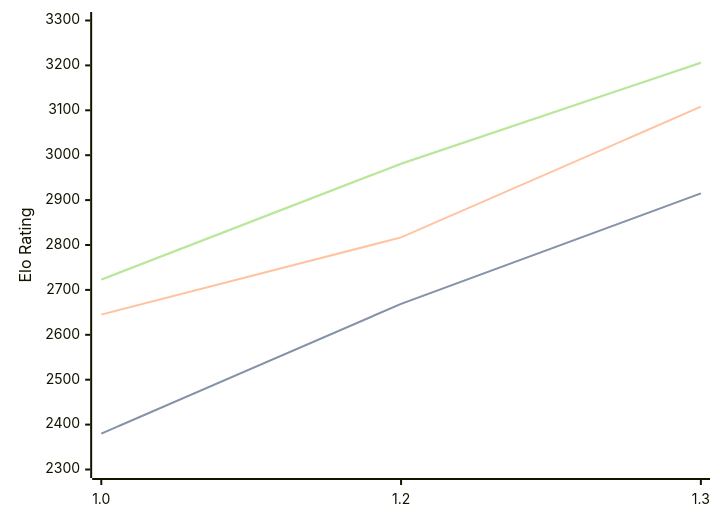
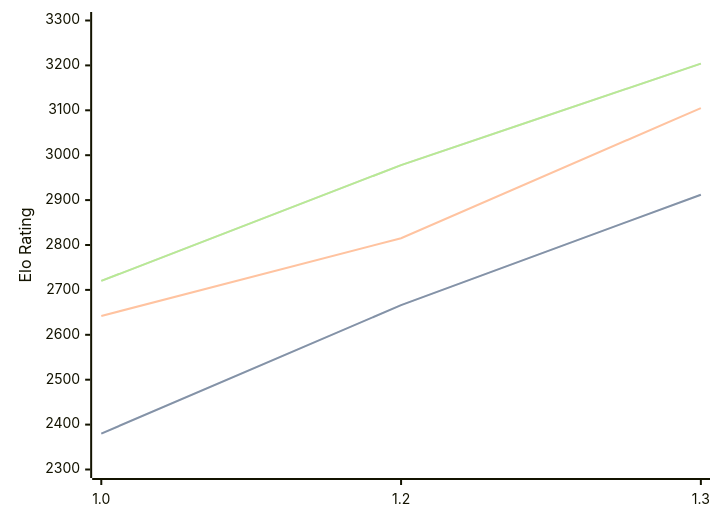
Before and after one commit to computer-chess-index/cci: the diagram in engines/Chessnix.md, drawn with Mermaid. The commit also changed other lines of this file, not shown here.

Commit message:
Update CCI Ratings (ELO VLTC) - 2026-03-10

````diff
--- a/engines/Chessnix.md
+++ b/engines/Chessnix.md
@@ -33,11 +33,11 @@
 ```mermaid
 %%{init: {"theme":"base","themeVariables":{"seriesColors:['#a3a3a3','#222221','#faa371']}}}%%
 xychart-beta
   x-axis ["1.0", "1.2", "1.3"]
   y-axis "Elo Rating" 2300 --> 3300
-  line "STC (8.0+0.08s)" [2380, 2669, 2915]
-  line "STC (8.0+0.08s)" [2380, 2669, 2915]
-  line "LTC (60.0+0.60s)" [2645, 2817, 3108]
-  line "VLTC (2m24s+1.12s)" [2723, 2981, 3206]
-  line "VLTC (2m24s+1.12s)" [2723, 2981, 3206]
+  line "STC (8.0+0.08s)" [2380, 2666, 2912]
+  line "STC (8.0+0.08s)" [2380, 2666, 2912]
+  line "LTC (60.0+0.60s)" [2642, 2815, 3105]
+  line "VLTC (2m24s+1.12s)" [2720, 2978, 3204]
+  line "VLTC (2m24s+1.12s)" [2720, 2978, 3204]
 ```
````
